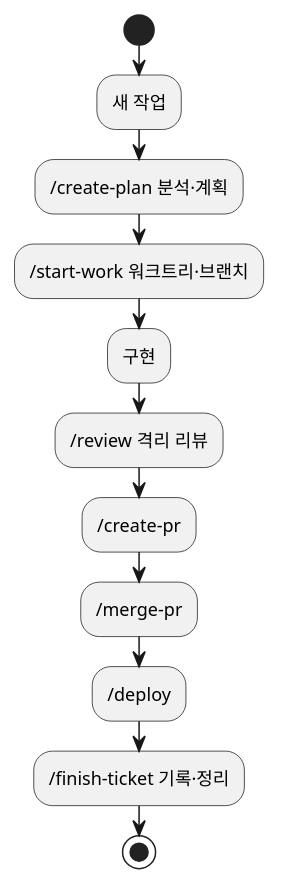
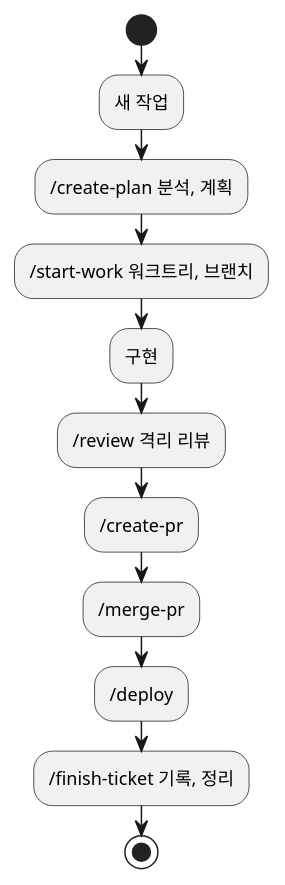
Before and after one commit to johnycho/johny-dev: the diagram in blog/2026-07-09-ai-engineering-harness.mdx, drawn with PlantUML. The commit also changed other lines of this file and 188 other files, not shown here.

````diff
--- a/blog/2026-07-09-ai-engineering-harness.mdx
+++ b/blog/2026-07-09-ai-engineering-harness.mdx
@@ -132,15 +132,15 @@
 ```plantuml
 @startuml
 start
 :새 작업;
-:/create-plan 분석·계획;
-:/start-work 워크트리·브랜치;
+:/create-plan 분석, 계획;
+:/start-work 워크트리, 브랜치;
 :구현;
 :/review 격리 리뷰;
 :/create-pr;
 :/merge-pr;
 :/deploy;
-:/finish-ticket 기록·정리;
+:/finish-ticket 기록, 정리;
 stop
 @enduml
 ```
````
